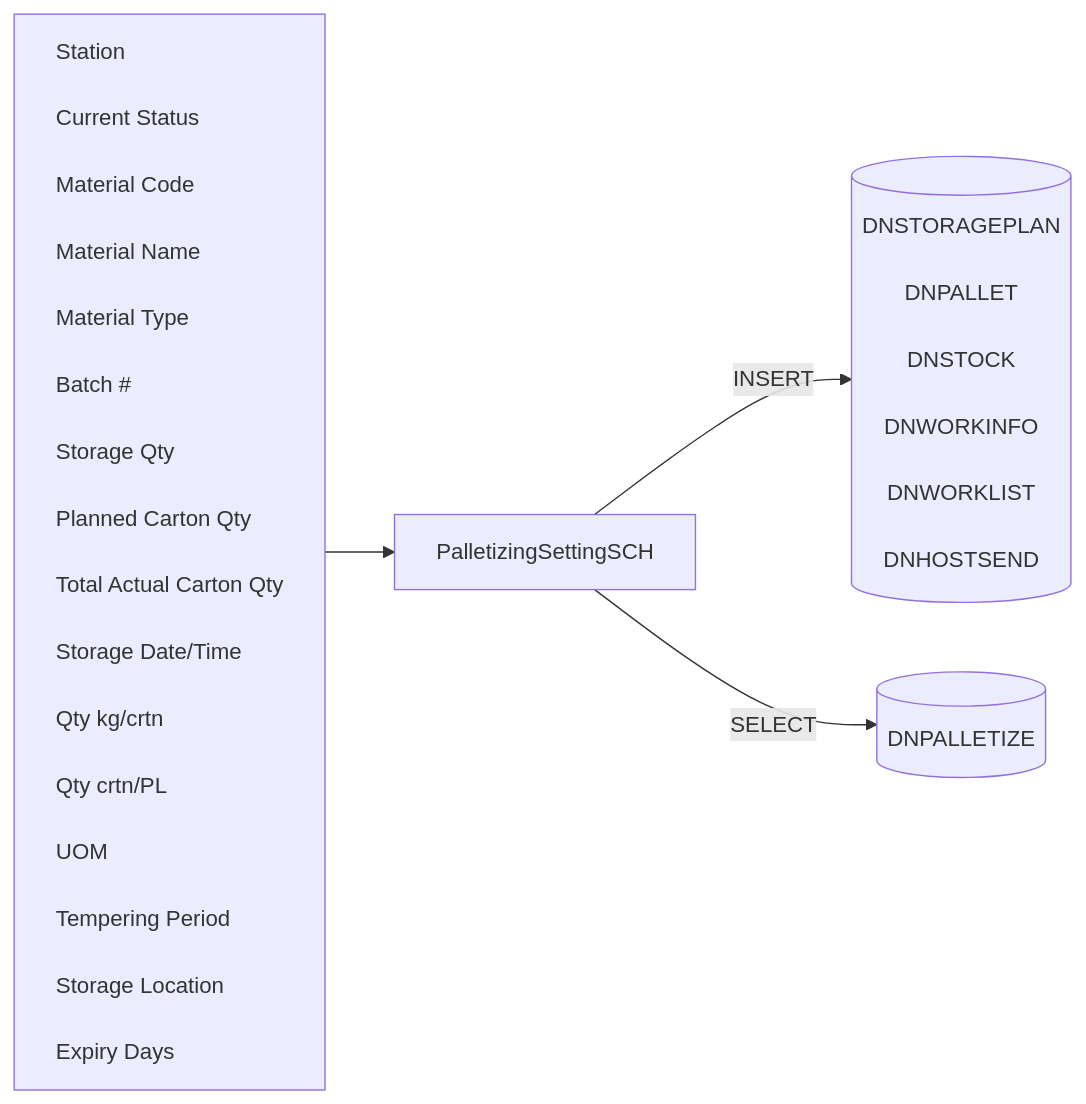
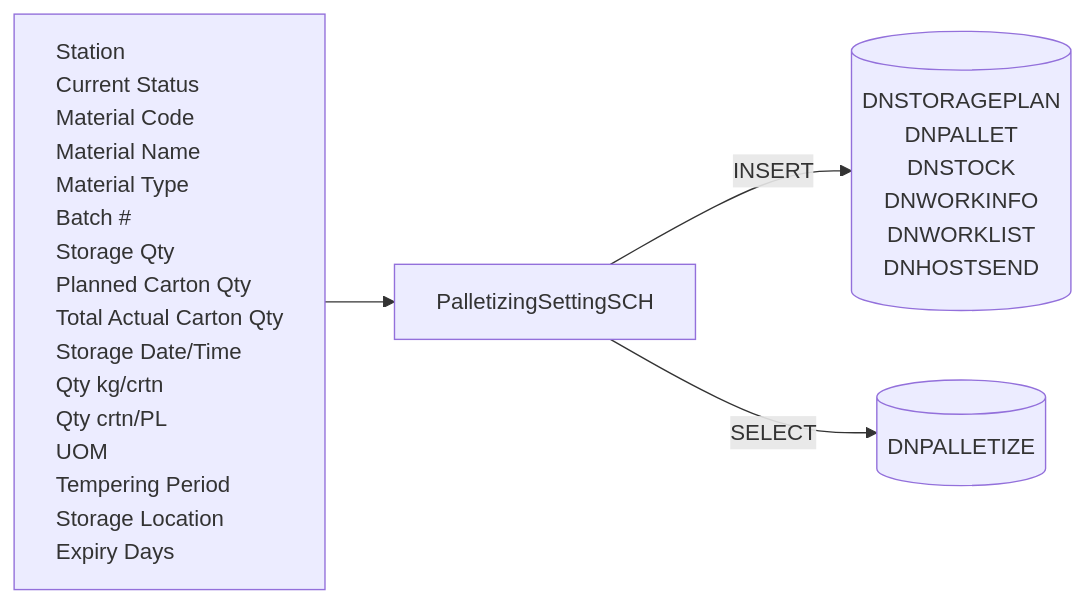
The first of 2 diagrams in Basic-Design/DFD-WMS/Storage/Palletizing-Settting/Batch-End.md (luthfiadityaa/SimeDarby-Wiki), drawn with Mermaid before and after one commit.

Commit message:
Updated Batch End

```diff
--- a/Basic-Design/DFD-WMS/Storage/Palletizing-Settting/Batch-End.md
+++ b/Basic-Design/DFD-WMS/Storage/Palletizing-Settting/Batch-End.md
@@ -22,42 +22,42 @@
 ::: mermaid
 flowchart LR
     input[
-        Station<br>
-        Current Status<br>
-        Material Code<br>
-        Material Name<br>
-        Material Type<br>
-        Batch #<br>
-        Storage Qty<br>
-        Planned Carton Qty<br>
-        Total Actual Carton Qty<br>
-        Storage Date/Time<br>
-        Qty kg/crtn<br>
-        Qty crtn/PL<br>
-        UOM<br>
-        Tempering Period<br>
-        Storage Location<br>
-        Expiry Days<br>
+        Station
+        Current Status
+        Material Code
+        Material Name
+        Material Type
+        Batch #
+        Storage Qty
+        Planned Carton Qty
+        Total Actual Carton Qty
+        Storage Date/Time
+        Qty kg/crtn
+        Qty crtn/PL
+        UOM
+        Tempering Period
+        Storage Location
+        Expiry Days
     ]
 
     tableList-insert-select[("
-        DNPALLETIZE<br>
+        DNPALLETIZE
     ")]
 
     tableList-insert[("
-        DNSTORAGEPLAN<br>
-        DNPALLET<br>
-        DNSTOCK<br>
-        DNWORKINFO<br>
-        DNWORKLIST<br>
-        DNHOSTSEND<br>
+        DNSTORAGEPLAN
+        DNPALLET
+        DNSTOCK
+        DNWORKINFO
+        DNWORKLIST
+        DNHOSTSEND
     ")]
 
     className[PalletizingSettingSCH]
 
     input --> className --> |INSERT| tableList-insert
     className --> |SELECT| tableList-insert-select
 
     classDef leftAlign text-align:left;
     class input leftAlign;
 :::
```
